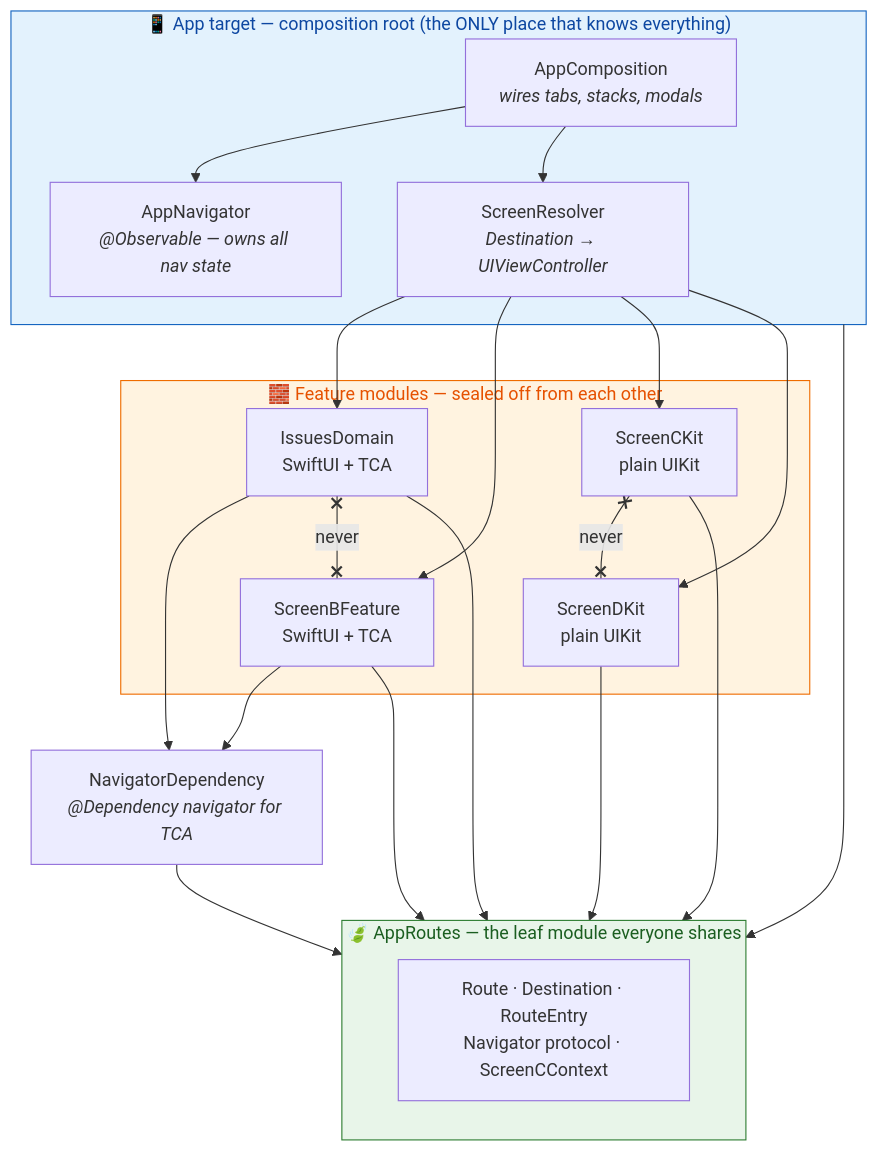
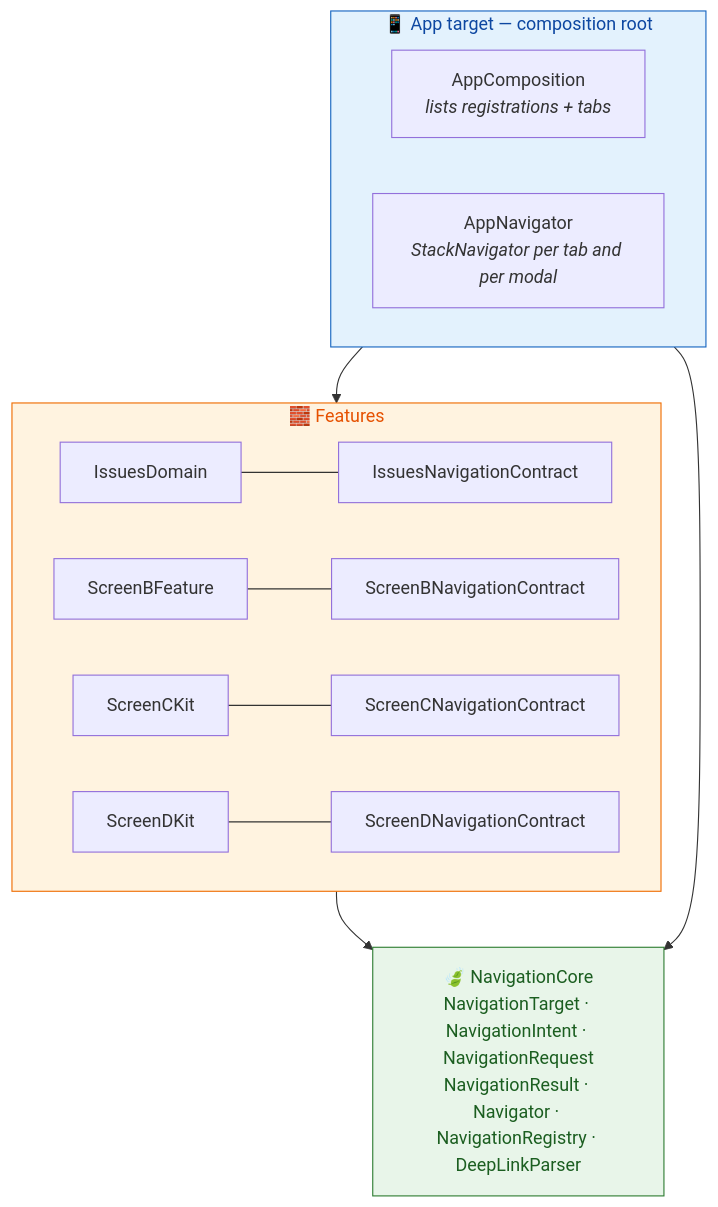
One commit to guycohenadsk/SwiftNavigator changed the diagram in README.md. Above: the diagram before and after it, drawn with Mermaid. The commit also changed other lines of this file and 71 other files, not shown here.

First line of the commit message:
Adopt navigation_contract's distributed navigation contracts

````diff
--- a/README.md
+++ b/README.md
@@ -99,44 +88,24 @@
 ```mermaid
 flowchart TB
-    subgraph app["📱 App target — composition root (the ONLY place that knows everything)"]
-        AC["AppComposition<br/><i>wires tabs, stacks, modals</i>"]
-        AN["AppNavigator<br/><i>@Observable — owns all nav state</i>"]
-        SR["ScreenResolver<br/><i>Destination → UIViewController</i>"]
+    subgraph app["📱 App target — composition root"]
+        AC["AppComposition<br/><i>lists registrations + tabs</i>"]
+        AN["AppNavigator<br/><i>StackNavigator per tab and per modal</i>"]
     end
 
-    subgraph features["🧱 Feature modules — sealed off from each other"]
-        A["IssuesDomain<br/>SwiftUI + TCA"]
-        B["ScreenBFeature<br/>SwiftUI + TCA"]
-        C["ScreenCKit<br/>plain UIKit"]
-        D["ScreenDKit<br/>plain UIKit"]
+    subgraph features["🧱 Features"]
+        A["IssuesDomain"] --- AC1["IssuesNavigationContract"]
+        B["ScreenBFeature"] --- BC1["ScreenBNavigationContract"]
+        C["ScreenCKit"] --- CC1["ScreenCNavigationContract"]
+        D["ScreenDKit"] --- DC1["ScreenDNavigationContract"]
     end
 
-    ND["NavigatorDependency<br/><i>@Dependency navigator for TCA</i>"]
+    core["🍃 NavigationCore<br/>NavigationTarget · NavigationIntent · NavigationRequest<br/>NavigationResult · Navigator · NavigationRegistry · DeepLinkParser"]
 
-    subgraph routes["🍃 AppRoutes — the leaf module everyone shares"]
-        R["Route · Destination · RouteEntry<br/>Navigator protocol · ScreenCContext"]
-    end
+    app --> features
+    features --> core
+    app --> core
 
-    AC --> AN
-    AC --> SR
-    SR --> A
-    SR --> B
-    SR --> C
-    SR --> D
-
-    A --> ND
-    B --> ND
-    ND --> routes
-    A --> routes
-    B --> routes
-    C --> routes
-    D --> routes
-    app --> routes
-
-    A x--"never"--x B
-    C x--"never"--x D
-
-    style routes fill:#e8f5e9,stroke:#2e7d32,color:#1b5e20
+    style core fill:#e8f5e9,stroke:#2e7d32,color:#1b5e20
     style app fill:#e3f2fd,stroke:#1565c0,color:#0d47a1
     style features fill:#fff3e0,stroke:#ef6c00,color:#e65100
 ```
````
